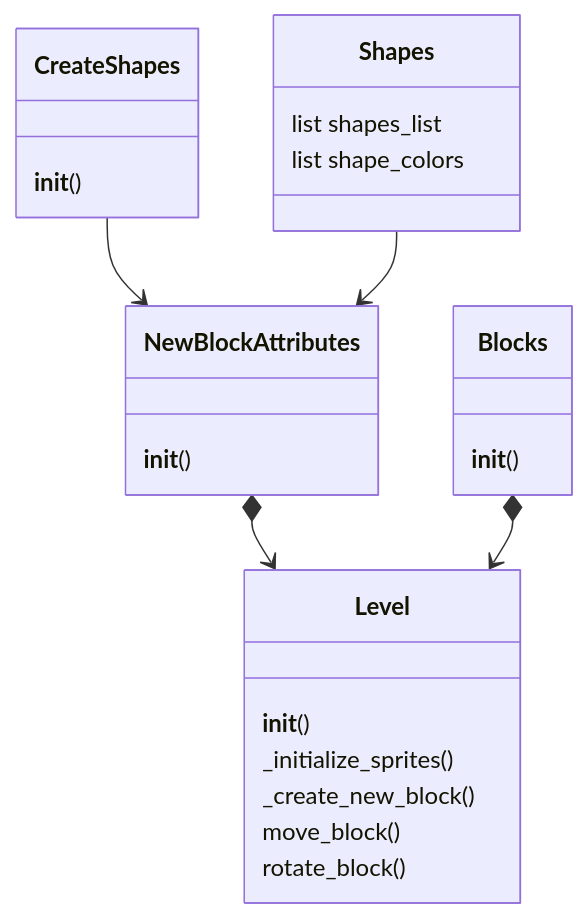
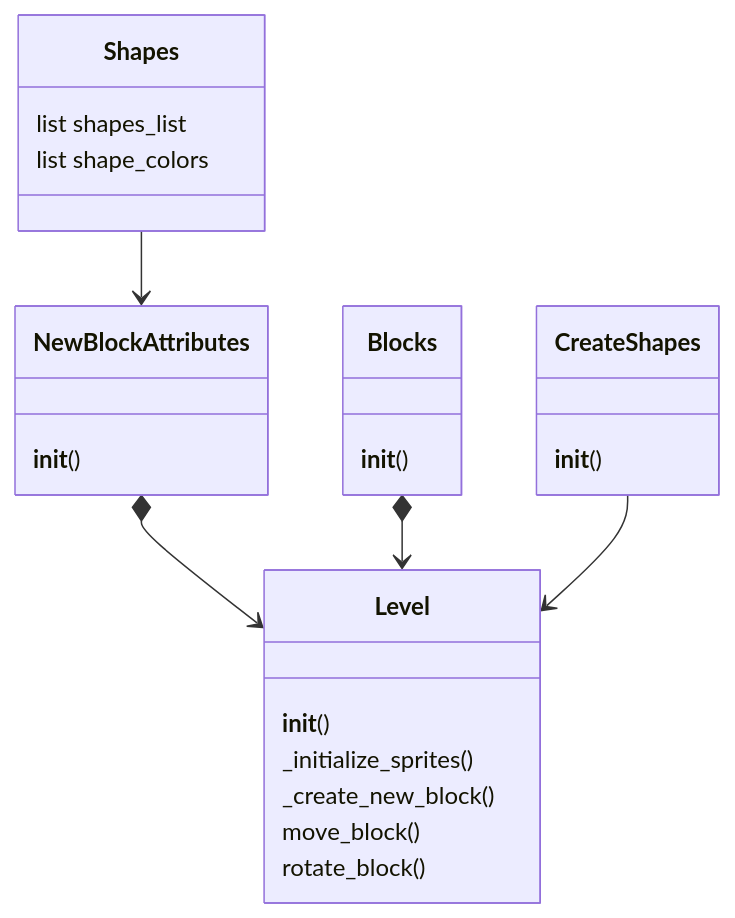
One commit to nie-ed/ot-harjoitustyo changed the diagram in dokumentaatio/arkkitehtuuri.md. Above: the diagram before and after it, drawn with Mermaid.

````diff
--- a/dokumentaatio/arkkitehtuuri.md
+++ b/dokumentaatio/arkkitehtuuri.md
@@ -1,34 +1,34 @@
 ```mermaid
 classDiagram
 	GameLoop
-	CreateShapes --> NewBlockAttributes
 	NewBlockAttributes *--> Level 
 	Blocks * --> Level
 	Shapes --> NewBlockAttributes
+        CreateShapes --> Level
 
 	class Level {
 		__init__()
 		_initialize_sprites()
 		_create_new_block()
 		move_block()
 		rotate_block()
 	}
 
 	class Blocks{
 		__init__()
 	}
 
 	class NewBlockAttributes {
 		__init__()
 	}
 
 	class Shapes {
 		list shapes_list
 		list shape_colors
 	}
 
 	class CreateShapes {
 		__init__()
 	}
 
 ```
````
